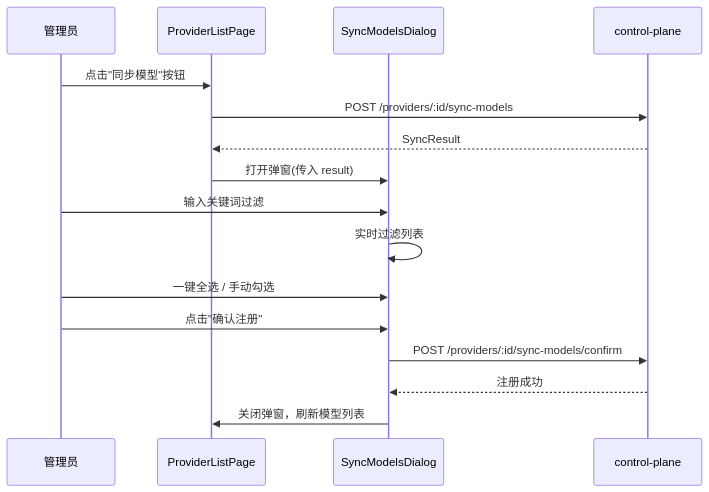
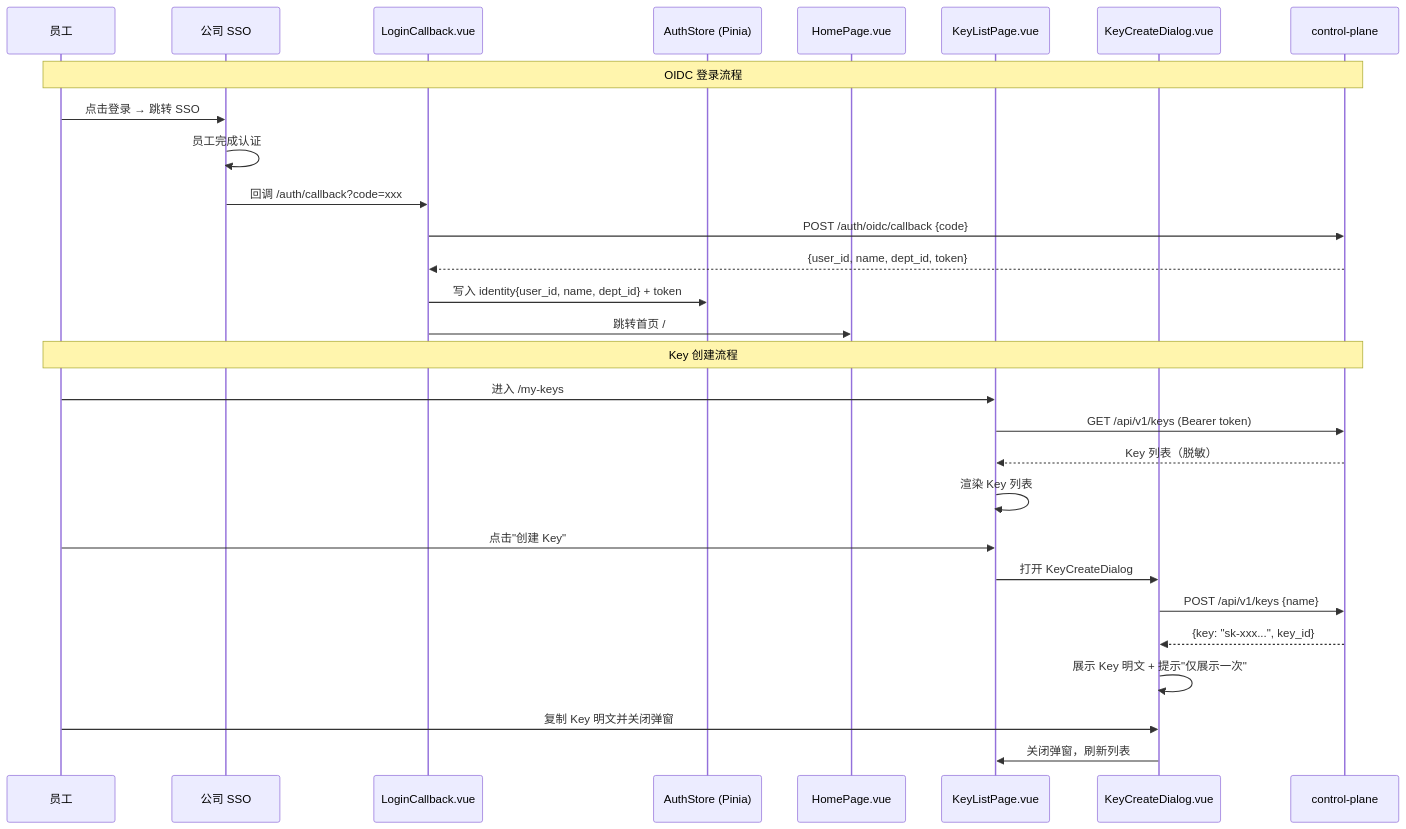
One commit to achieve-jsy/llm-gateway changed the second of 2 diagrams in xspec/changes/ops-console/hld.delta.md. Above: the diagram before and after it, drawn with Mermaid. The commit also changed other lines of this file and 231 other files, not shown here.

First line of the commit message:
feat(auth): 实现 SSO 登录和 API Key 管理功能

````diff
--- a/xspec/changes/ops-console/hld.delta.md
+++ b/xspec/changes/ops-console/hld.delta.md
@@ -25,19 +37,33 @@
 ```mermaid
 sequenceDiagram
-    participant Admin as 管理员
-    participant Page as ProviderListPage
-    participant Dialog as SyncModelsDialog
-    participant API as control-plane
+    participant User as 员工
+    participant SSO as 公司 SSO
+    participant Callback as LoginCallback.vue
+    participant Store as AuthStore (Pinia)
+    participant Home as HomePage.vue
+    participant KeyPage as KeyListPage.vue
+    participant Dialog as KeyCreateDialog.vue
+    participant CP as control-plane
 
-    Admin->>Page: 点击"同步模型"按钮
-    Page->>API: POST /providers/:id/sync-models
-    API-->>Page: SyncResult
-    Page->>Dialog: 打开弹窗(传入 result)
-    Admin->>Dialog: 输入关键词过滤
-    Dialog->>Dialog: 实时过滤列表
-    Admin->>Dialog: 一键全选 / 手动勾选
-    Admin->>Dialog: 点击"确认注册"
-    Dialog->>API: POST /providers/:id/sync-models/confirm
-    API-->>Dialog: 注册成功
-    Dialog->>Page: 关闭弹窗，刷新模型列表
+    Note over User,CP: OIDC 登录流程
+    User->>SSO: 点击登录 → 跳转 SSO
+    SSO->>SSO: 员工完成认证
+    SSO->>Callback: 回调 /auth/callback?code=xxx
+    Callback->>CP: POST /auth/oidc/callback {code}
+    CP-->>Callback: {user_id, name, dept_id, token}
+    Callback->>Store: 写入 identity{user_id, name, dept_id} + token
+    Callback->>Home: 跳转首页 /
+
+    Note over User,CP: Key 创建流程
+    User->>KeyPage: 进入 /my-keys
+    KeyPage->>CP: GET /api/v1/keys (Bearer token)
+    CP-->>KeyPage: Key 列表（脱敏）
+    KeyPage->>KeyPage: 渲染 Key 列表
+    User->>KeyPage: 点击"创建 Key"
+    KeyPage->>Dialog: 打开 KeyCreateDialog
+    Dialog->>CP: POST /api/v1/keys {name}
+    CP-->>Dialog: {key: "sk-xxx...", key_id}
+    Dialog->>Dialog: 展示 Key 明文 + 提示"仅展示一次"
+    User->>Dialog: 复制 Key 明文并关闭弹窗
+    Dialog->>KeyPage: 关闭弹窗，刷新列表
 ```
````
